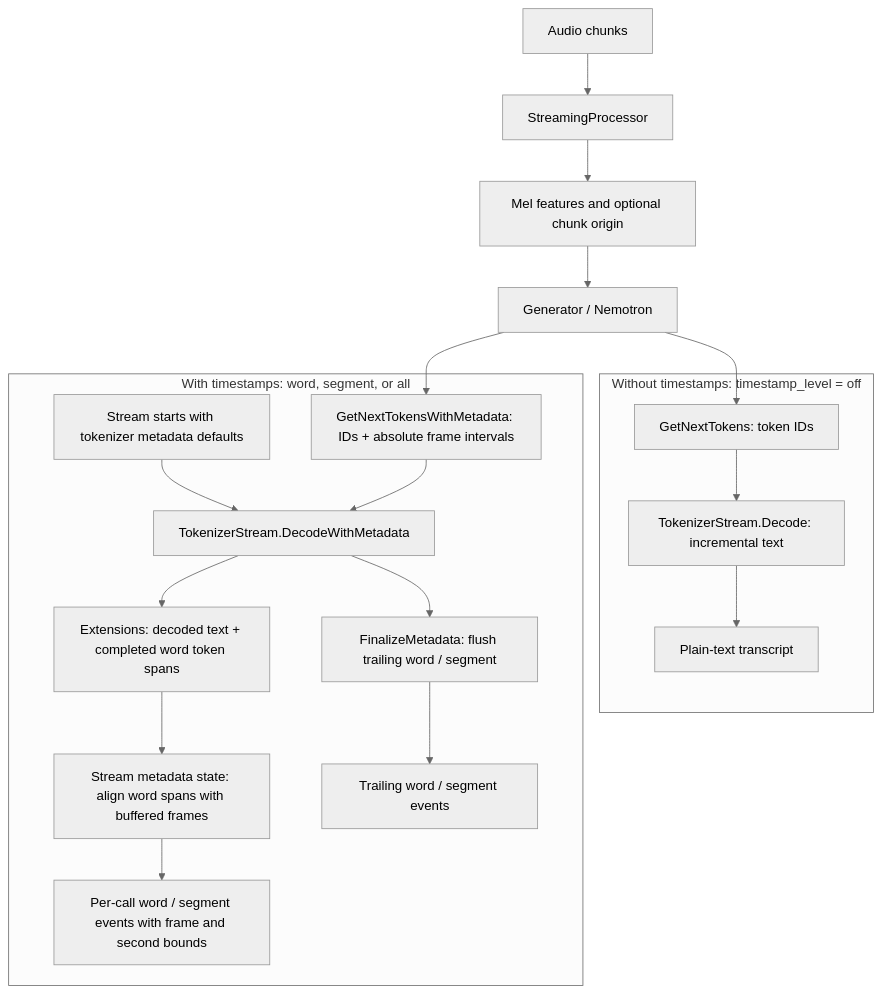
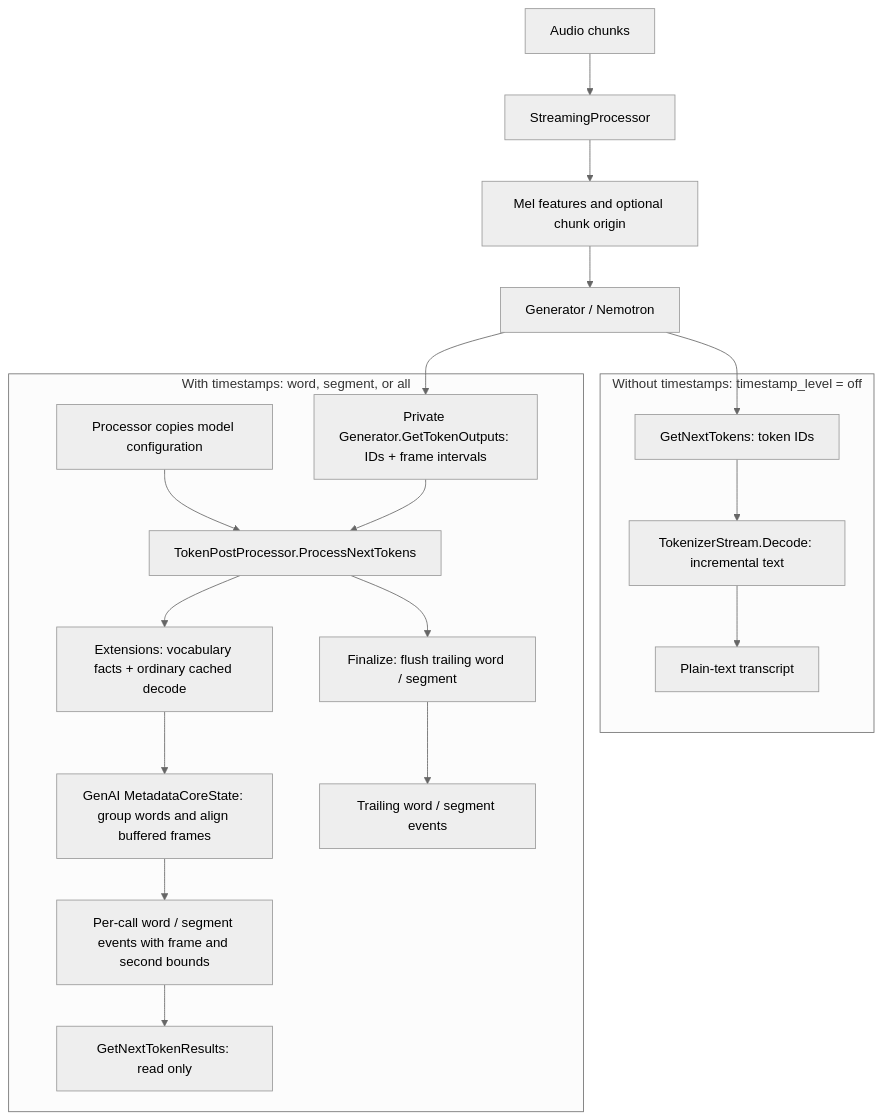
The diagram in docs/nemotron_speech_timestamps.md (microsoft/onnxruntime-genai), drawn with Mermaid (neutral theme) before and after one commit. The commit also changed other lines of this file and 29 other files, not shown here.

Commit message:
Move timestamp post-processing into an owning TokenPostProcessor

````diff
--- a/docs/nemotron_speech_timestamps.md
+++ b/docs/nemotron_speech_timestamps.md
@@ -51,24 +51,25 @@
 ```mermaid
 flowchart TB
   audio[Audio chunks] --> processor[StreamingProcessor]
   processor --> features[Mel features and optional chunk origin]
   features --> generator[Generator / Nemotron]
 
   subgraph plain[Without timestamps: timestamp_level = off]
     ids[GetNextTokens: token IDs] --> decode[TokenizerStream.Decode: incremental text]
     decode --> transcript[Plain-text transcript]
   end
 
   subgraph timed[With timestamps: word, segment, or all]
-    setup[Stream starts with tokenizer metadata defaults] --> stream
-    timed_tokens[GetNextTokensWithMetadata: IDs + absolute frame intervals] --> stream[TokenizerStream.DecodeWithMetadata]
-    stream --> ortx[Extensions: decoded text + completed word token spans]
-    ortx --> align[Stream metadata state: align word spans with buffered frames]
+    setup[Processor copies model configuration] --> stream
+    timed_tokens[Private Generator.GetTokenOutputs: IDs + frame intervals] --> stream[TokenPostProcessor.ProcessNextTokens]
+    stream --> ortx[Extensions: vocabulary facts + ordinary cached decode]
+    ortx --> align[GenAI MetadataCoreState: group words and align buffered frames]
     align --> events[Per-call word / segment events with frame and second bounds]
-    stream --> final[FinalizeMetadata: flush trailing word / segment]
+    events --> read[GetNextTokenResults: read only]
+    stream --> final[Finalize: flush trailing word / segment]
     final --> trailing[Trailing word / segment events]
   end
 
   generator --> ids
   generator --> timed_tokens
 ```
````
